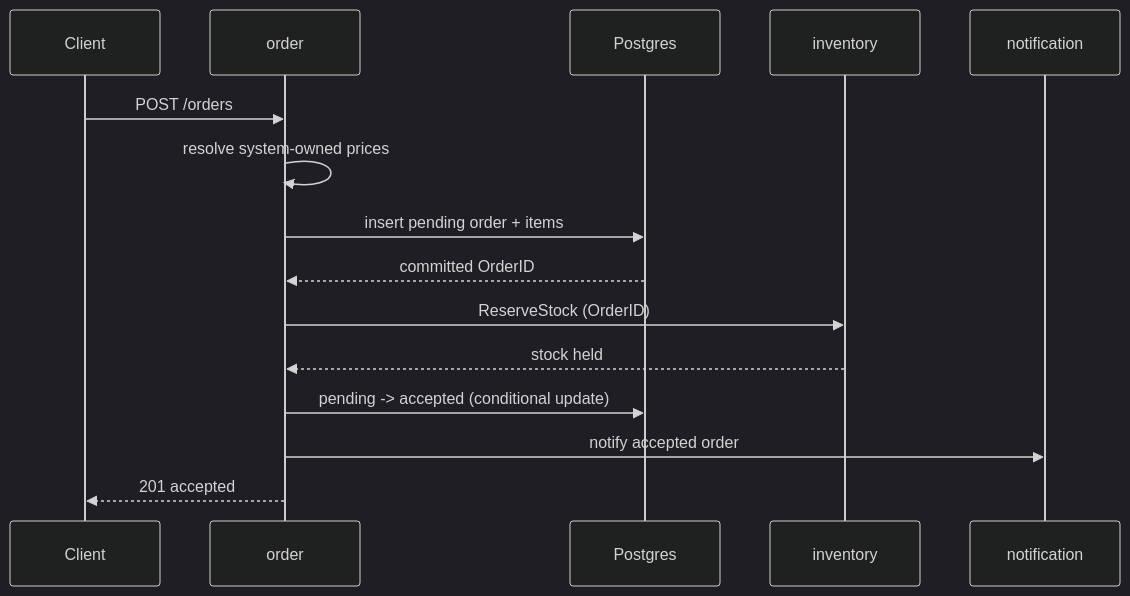
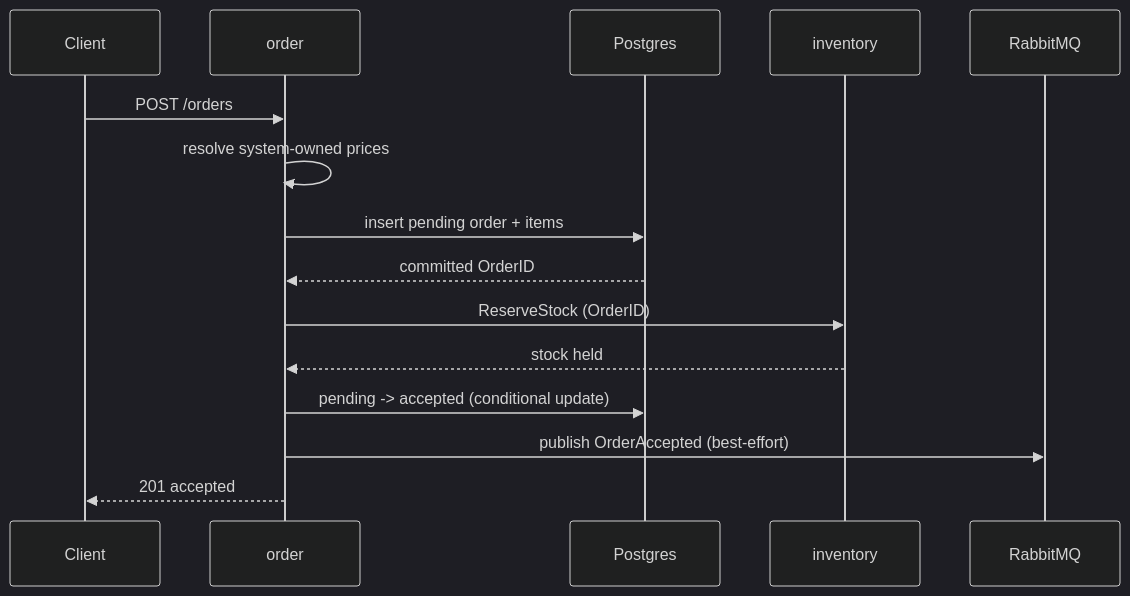
Before and after one commit to mojtaba-gheytasi/go-order-system-showcase: the second of 3 diagrams in ARCHITECTURE.md, drawn with Mermaid (dark theme). The commit also changed other lines of this file and 1 other file, not shown here.

````diff
--- a/ARCHITECTURE.md
+++ b/ARCHITECTURE.md
@@ -292,12 +462,12 @@
 ```mermaid
 sequenceDiagram
     Client->>order: POST /orders
     order->>order: resolve system-owned prices
     order->>Postgres: insert pending order + items
     Postgres-->>order: committed OrderID
     order->>inventory: ReserveStock (OrderID)
     inventory-->>order: stock held
     order->>Postgres: pending -> accepted (conditional update)
-    order->>notification: notify accepted order
+    order->>RabbitMQ: publish OrderAccepted (best-effort)
     order-->>Client: 201 accepted
 ```
````
